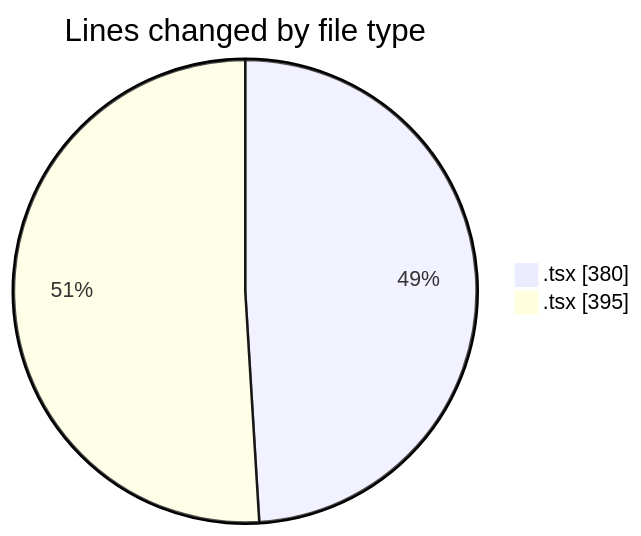
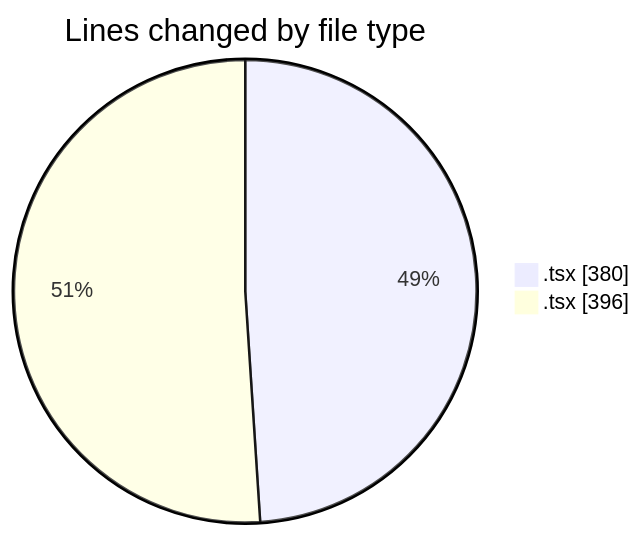
Before and after one commit to robertbonfada/code-tracking: the first of 2 diagrams in 2025-02-06/mbc-web/README.md, drawn with Mermaid. The commit also changed other lines of this file and 1 other file, not shown here.

````diff
--- a/2025-02-06/mbc-web/README.md
+++ b/2025-02-06/mbc-web/README.md
@@ -22,6 +22,6 @@
 ```mermaid
 pie showData
 title Lines changed by file type
 ".tsx " : 380
-".tsx" : 395
+".tsx" : 396
 ```
````
